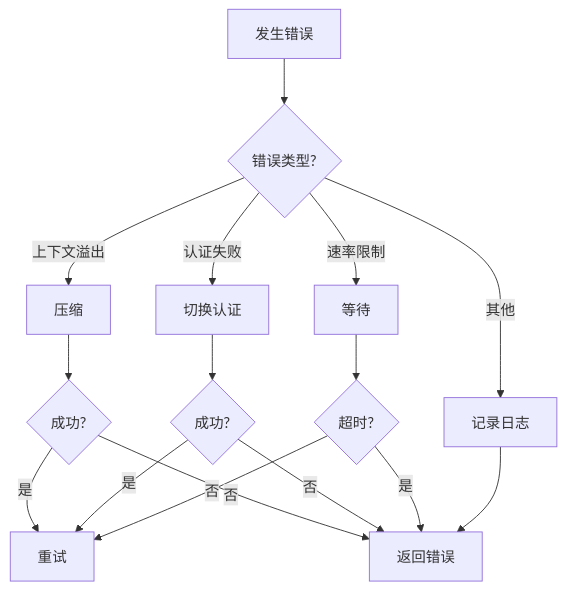
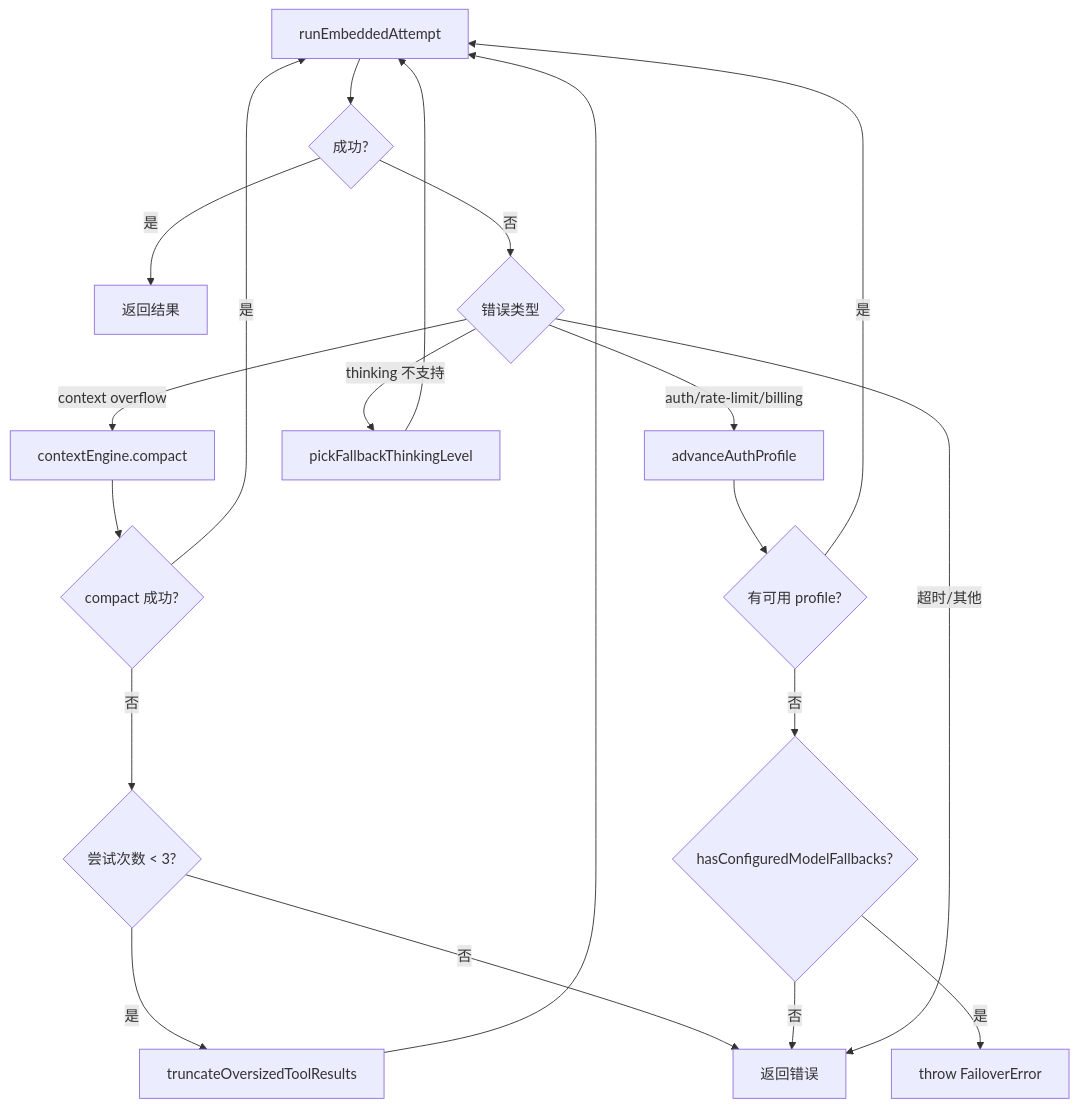
The fourth of 11 diagrams in openclaw/OPENCLAW-AGENT-LOOP.md (caicongyang/bloger), drawn with Mermaid before and after one commit. The commit also changed other lines of this file and 13 other files, not shown here.

````diff
--- a/openclaw/OPENCLAW-AGENT-LOOP.md
+++ b/openclaw/OPENCLAW-AGENT-LOOP.md
@@ -876,22 +145,22 @@
 ```mermaid
 flowchart TD
-    A[发生错误] --> B{错误类型?}
-    
-    B -->|上下文溢出| C[压缩]
-    C --> D{成功?}
-    D -->|是| E[重试]
-    D -->|否| F[返回错误]
-    
-    B -->|认证失败| G[切换认证]
-    G --> H{成功?}
-    H -->|是| E
-    H -->|否| F
-    
-    B -->|速率限制| I[等待]
-    I --> J{超时?}
-    J -->|否| E
-    J -->|是| F
-    
-    B -->|其他| K[记录日志]
-    K --> F
+    ATT[runEmbeddedAttempt] --> OK{成功?}
+    OK -->|是| DONE[返回结果]
+    OK -->|否| ERR{错误类型}
+    ERR -->|context overflow| CO[contextEngine.compact]
+    CO --> CO_OK{compact 成功?}
+    CO_OK -->|是| ATT
+    CO_OK -->|否| CO_CNT{尝试次数 < 3?}
+    CO_CNT -->|是| TRUNC[truncateOversizedToolResults]
+    TRUNC --> ATT
+    CO_CNT -->|否| FAIL[返回错误]
+    ERR -->|auth/rate-limit/billing| AUTH[advanceAuthProfile]
+    AUTH --> AUTH_OK{有可用 profile?}
+    AUTH_OK -->|是| ATT
+    AUTH_OK -->|否| FO{hasConfiguredModelFallbacks?}
+    FO -->|是| FOERR[throw FailoverError]
+    FO -->|否| FAIL
+    ERR -->|thinking 不支持| TH[pickFallbackThinkingLevel]
+    TH --> ATT
+    ERR -->|超时/其他| FAIL
 ```
````
